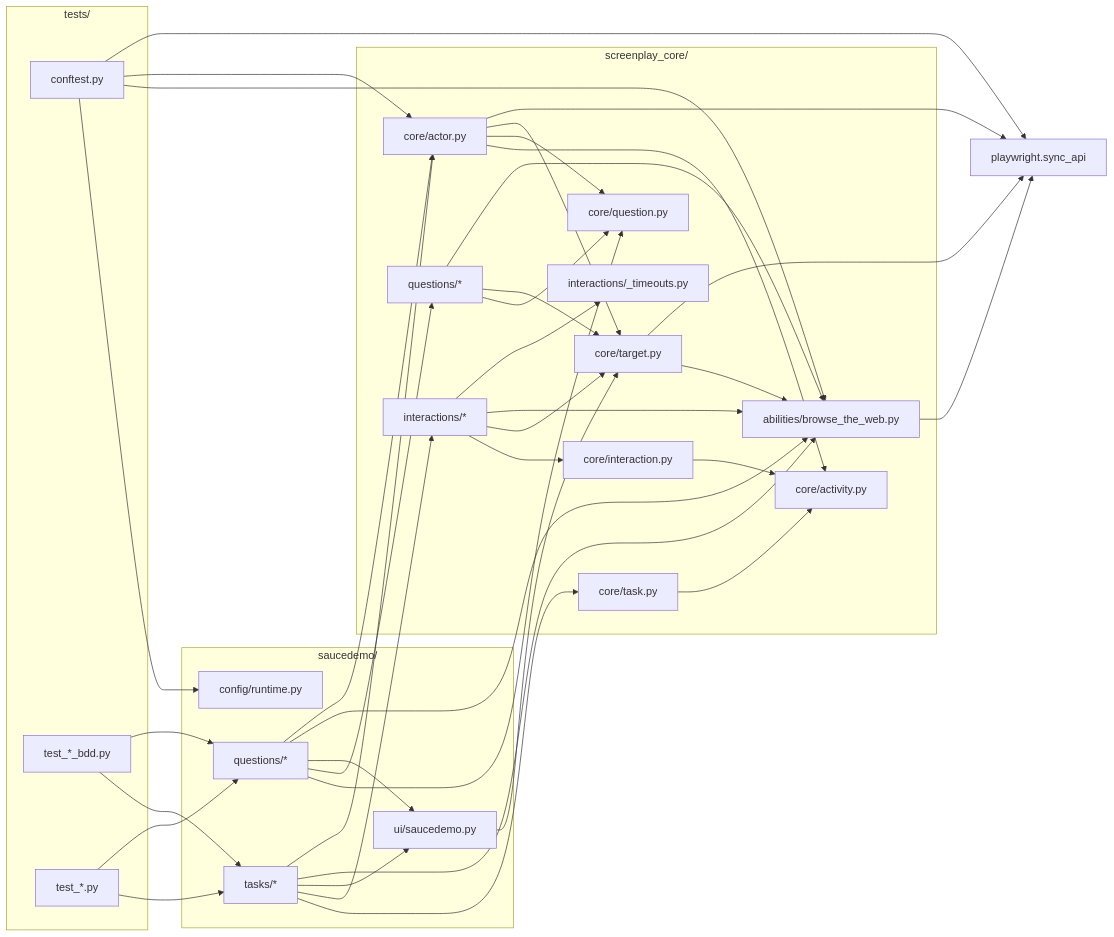
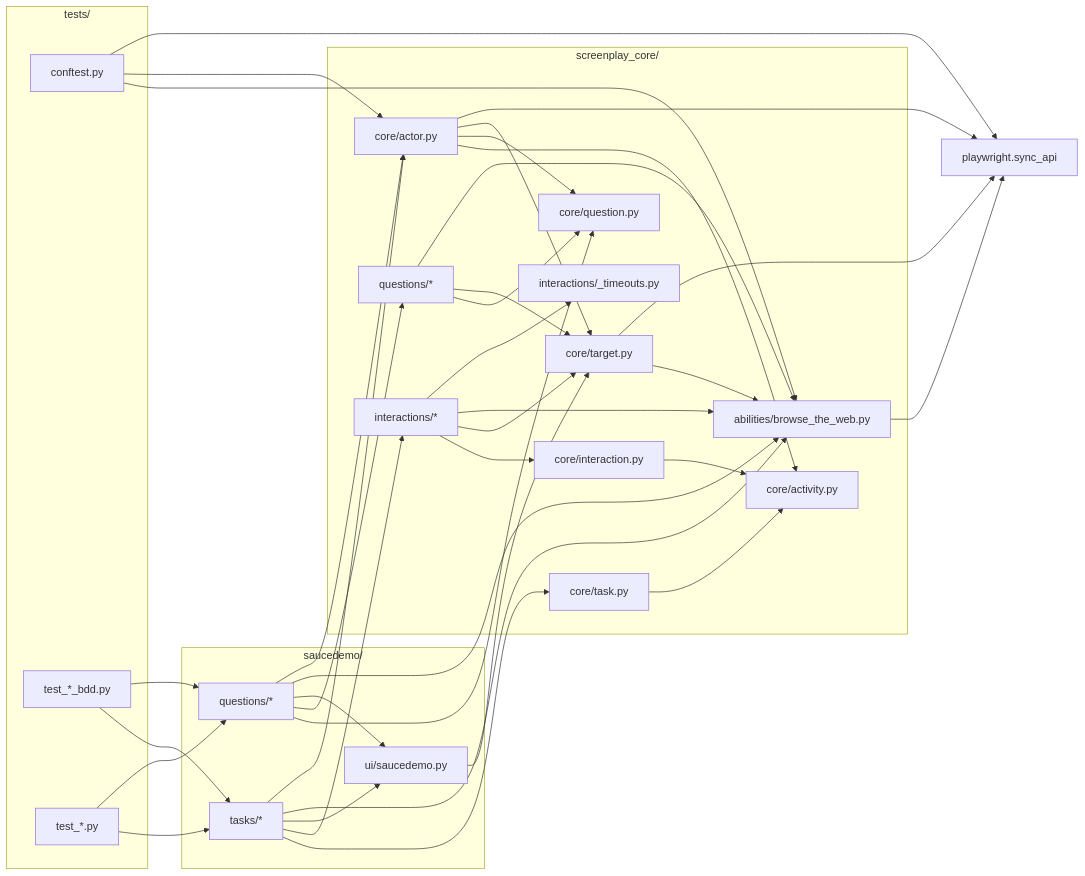
The third of 5 diagrams in docs/architecture.md (stansiris/playwright-pytest-screenplay-framework), drawn with Mermaid before and after one commit. The commit also changed other lines of this file and 8 other files, not shown here.

Commit message:
Simplify pytest runtime config and align docs

````diff
--- a/docs/architecture.md
+++ b/docs/architecture.md
@@ -245,70 +125,68 @@
 ```mermaid
 flowchart LR
   subgraph Tests["tests/"]
     TCONF[conftest.py]
     TBDD[test_*_bdd.py]
     TPY[test_*.py]
   end
 
   subgraph Sauce["saucedemo/"]
-    SCONF[config/runtime.py]
     STASK[tasks/*]
     SQUEST[questions/*]
     SUI[ui/saucedemo.py]
   end
 
   subgraph Core["screenplay_core/"]
     CACT[core/activity.py]
     CACTOR[core/actor.py]
     CTASK[core/task.py]
     CINTER[core/interaction.py]
     CQUEST[core/question.py]
     CTARGET[core/target.py]
     CABIL[abilities/browse_the_web.py]
     CINT[interactions/*]
     CQUE[questions/*]
     CTIME[interactions/_timeouts.py]
   end
 
   PWSYNC[playwright.sync_api]
 
   TBDD --> STASK
   TBDD --> SQUEST
   TPY --> STASK
   TPY --> SQUEST
-  TCONF --> SCONF
   TCONF --> CABIL
   TCONF --> CACTOR
   TCONF --> PWSYNC
 
   STASK --> CTASK
   STASK --> CINT
   STASK --> SUI
   STASK --> CABIL
   STASK --> CACTOR
 
   SQUEST --> CQUEST
   SQUEST --> CQUE
   SQUEST --> SUI
   SQUEST --> CABIL
   SQUEST --> CACTOR
 
   SUI --> CTARGET
 
   CTASK --> CACT
   CINTER --> CACT
   CACTOR --> CACT
   CACTOR --> CQUEST
   CACTOR --> CTARGET
   CACTOR --> PWSYNC
   CTARGET --> CABIL
   CTARGET --> PWSYNC
   CINT --> CINTER
   CINT --> CTARGET
   CINT --> CABIL
   CINT --> CTIME
   CQUE --> CQUEST
   CQUE --> CTARGET
   CQUE --> CABIL
   CABIL --> PWSYNC
 ```
````
